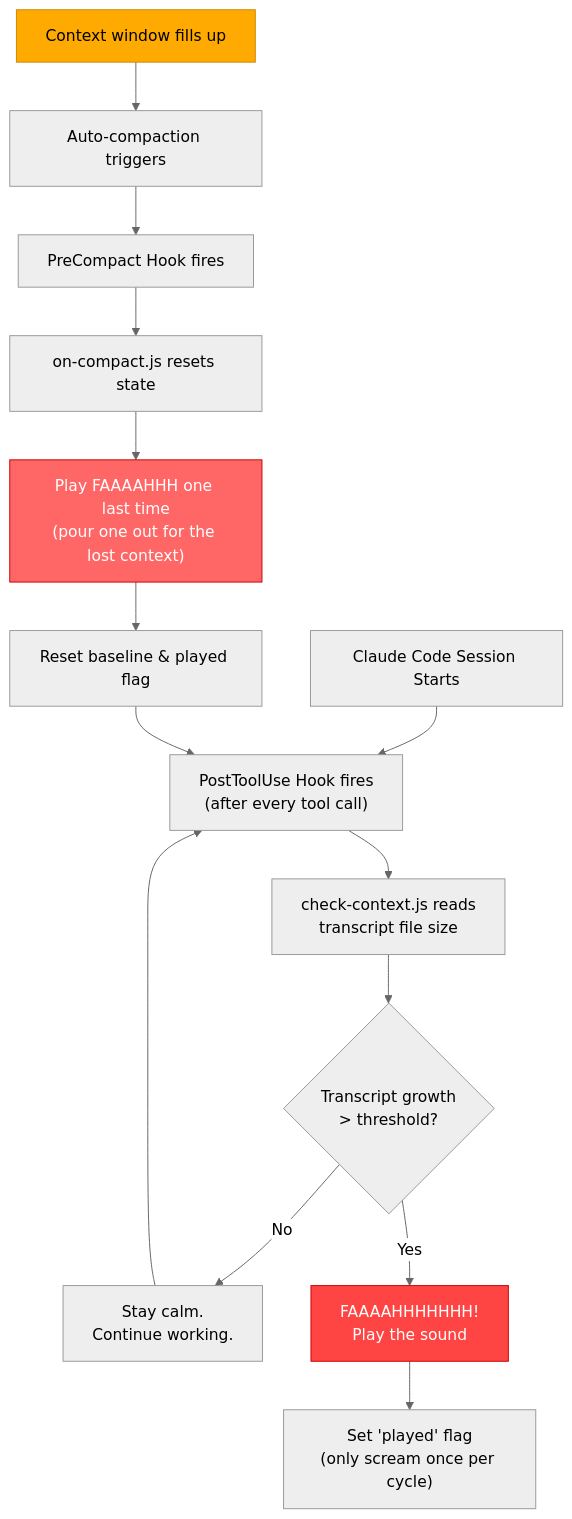
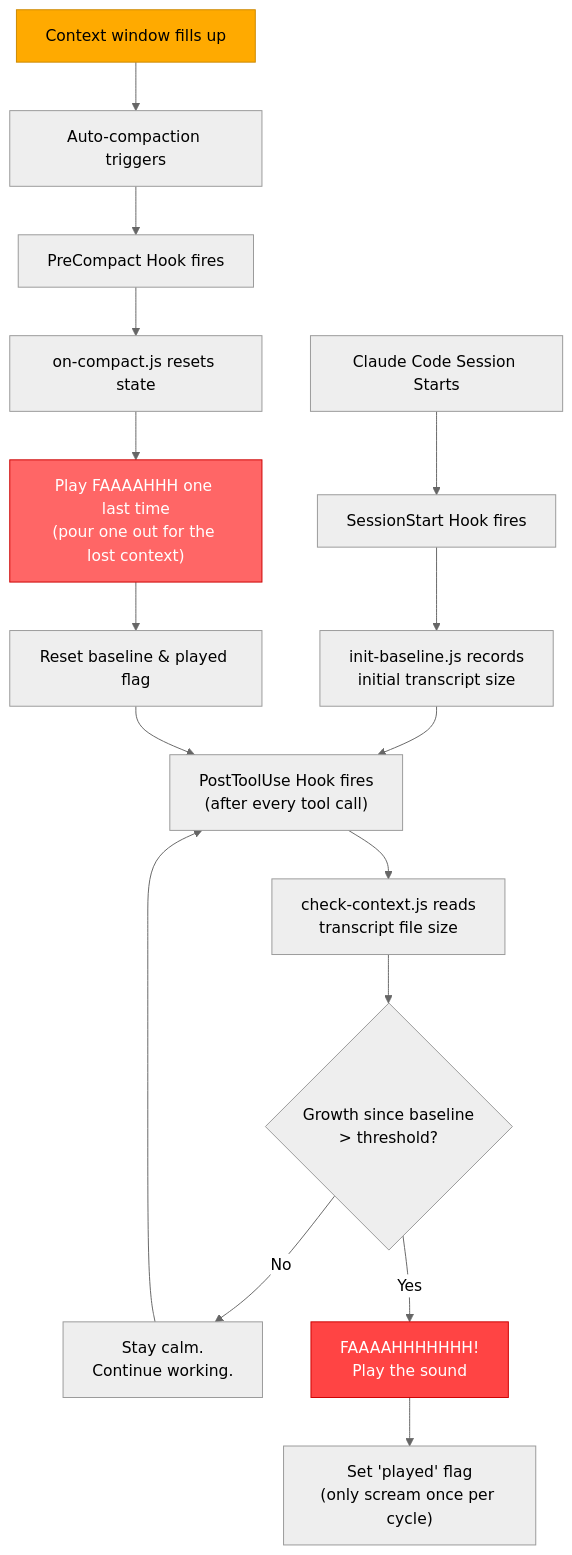
Before and after one commit to AhsanAyaz/faaaahhh-claude-code-plugin: the diagram in README.md, drawn with Mermaid (neutral theme). The commit also changed other lines of this file, not shown here.

Commit message:
docs: update diagram and structure for SessionStart baseline hook

````diff
--- a/README.md
+++ b/README.md
@@ -15,21 +15,23 @@
 ```mermaid
 flowchart TD
-    A["Claude Code Session Starts"] --> B["PostToolUse Hook fires<br/>(after every tool call)"]
-    B --> C["check-context.js reads<br/>transcript file size"]
-    C --> D{"Transcript growth<br/>> threshold?"}
-    D -- No --> E["Stay calm.<br/>Continue working."]
-    E --> B
-    D -- Yes --> F["FAAAAHHHHHHH!<br/>Play the sound"]
-    F --> G["Set 'played' flag<br/>(only scream once per cycle)"]
+    A["Claude Code Session Starts"] --> B["SessionStart Hook fires"]
+    B --> C["init-baseline.js records<br/>initial transcript size"]
+    C --> D["PostToolUse Hook fires<br/>(after every tool call)"]
+    D --> E["check-context.js reads<br/>transcript file size"]
+    E --> F{"Growth since baseline<br/>> threshold?"}
+    F -- No --> G["Stay calm.<br/>Continue working."]
+    G --> D
+    F -- Yes --> H["FAAAAHHHHHHH!<br/>Play the sound"]
+    H --> I["Set 'played' flag<br/>(only scream once per cycle)"]
 
-    H["Context window fills up"] --> I["Auto-compaction triggers"]
-    I --> J["PreCompact Hook fires"]
-    J --> K["on-compact.js resets state"]
-    K --> L["Play FAAAAHHH one last time<br/>(pour one out for the lost context)"]
-    L --> M["Reset baseline & played flag"]
-    M --> B
+    J["Context window fills up"] --> K["Auto-compaction triggers"]
+    K --> L["PreCompact Hook fires"]
+    L --> M["on-compact.js resets state"]
+    M --> N["Play FAAAAHHH one last time<br/>(pour one out for the lost context)"]
+    N --> O["Reset baseline & played flag"]
+    O --> D
 
-    style F fill:#ff4444,color:#fff,stroke:#cc0000
-    style L fill:#ff6666,color:#fff,stroke:#cc0000
-    style H fill:#ffaa00,color:#000,stroke:#cc8800
+    style H fill:#ff4444,color:#fff,stroke:#cc0000
+    style N fill:#ff6666,color:#fff,stroke:#cc0000
+    style J fill:#ffaa00,color:#000,stroke:#cc8800
 ```
````
